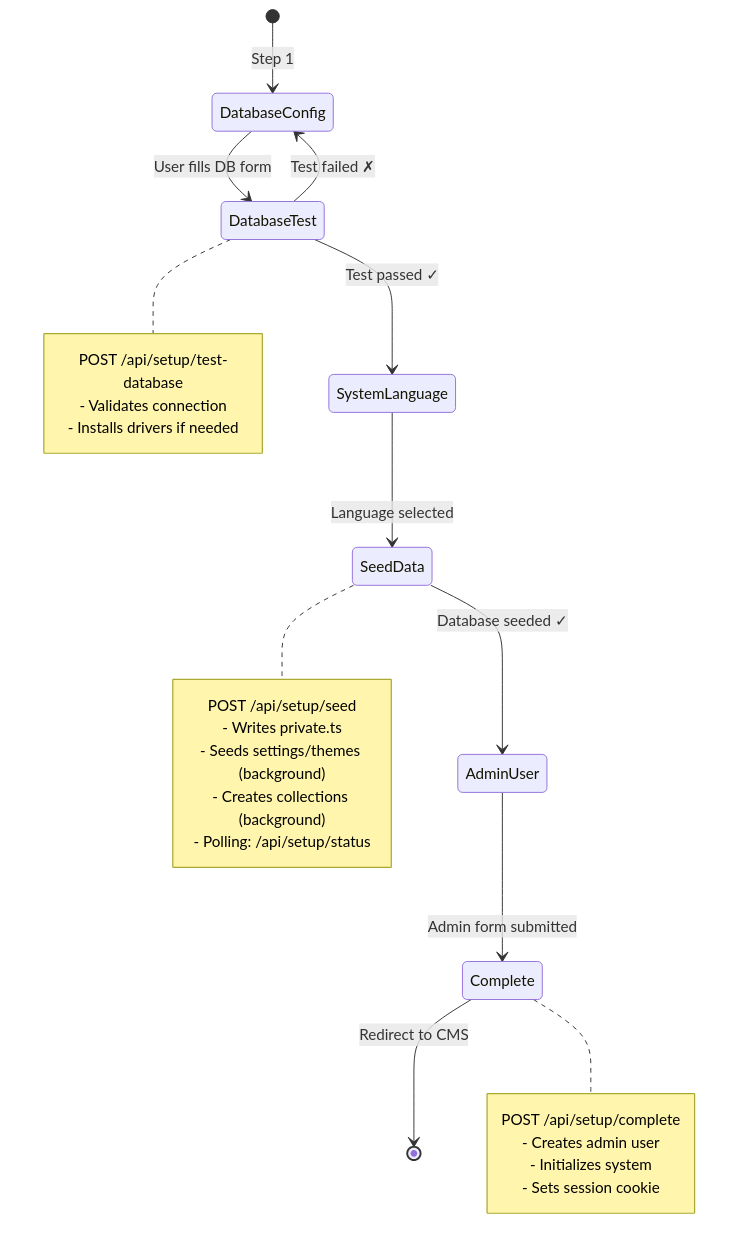
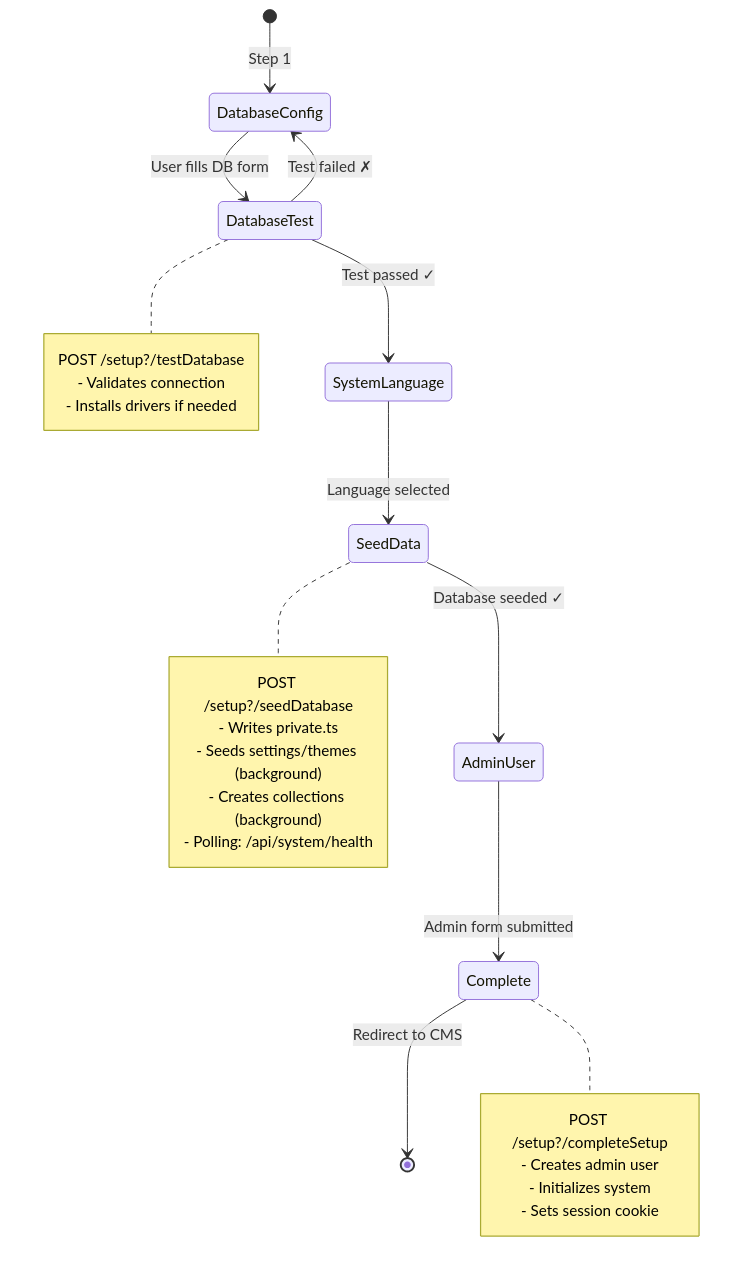
One commit to SveltyCMS/SveltyCMS changed the sixth of 9 diagrams in docs/architecture/initialization-workflow.mdx. Above: the diagram before and after it, drawn with Mermaid. The commit also changed other lines of this file and 90 other files, not shown here.

````diff
--- a/docs/architecture/initialization-workflow.mdx
+++ b/docs/architecture/initialization-workflow.mdx
@@ -716,33 +714,33 @@
 ```mermaid
 stateDiagram-v2
     [*] --> DatabaseConfig: Step 1
     DatabaseConfig --> DatabaseTest: User fills DB form
     DatabaseTest --> SystemLanguage: Test passed ✓
     SystemLanguage --> SeedData: Language selected
     SeedData --> AdminUser: Database seeded ✓
     AdminUser --> Complete: Admin form submitted
     Complete --> [*]: Redirect to CMS
 
     DatabaseTest --> DatabaseConfig: Test failed ✗
 
     note right of DatabaseTest
-        POST /api/setup/test-database
+        POST /setup?/testDatabase
         - Validates connection
         - Installs drivers if needed
     end note
 
     note right of SeedData
-        POST /api/setup/seed
+        POST /setup?/seedDatabase
         - Writes private.ts
         - Seeds settings/themes (background)
         - Creates collections (background)
-        - Polling: /api/setup/status
+        - Polling: /api/system/health
     end note
 
     note right of Complete
-        POST /api/setup/complete
+        POST /setup?/completeSetup
         - Creates admin user
         - Initializes system
         - Sets session cookie
     end note
 ```
````
